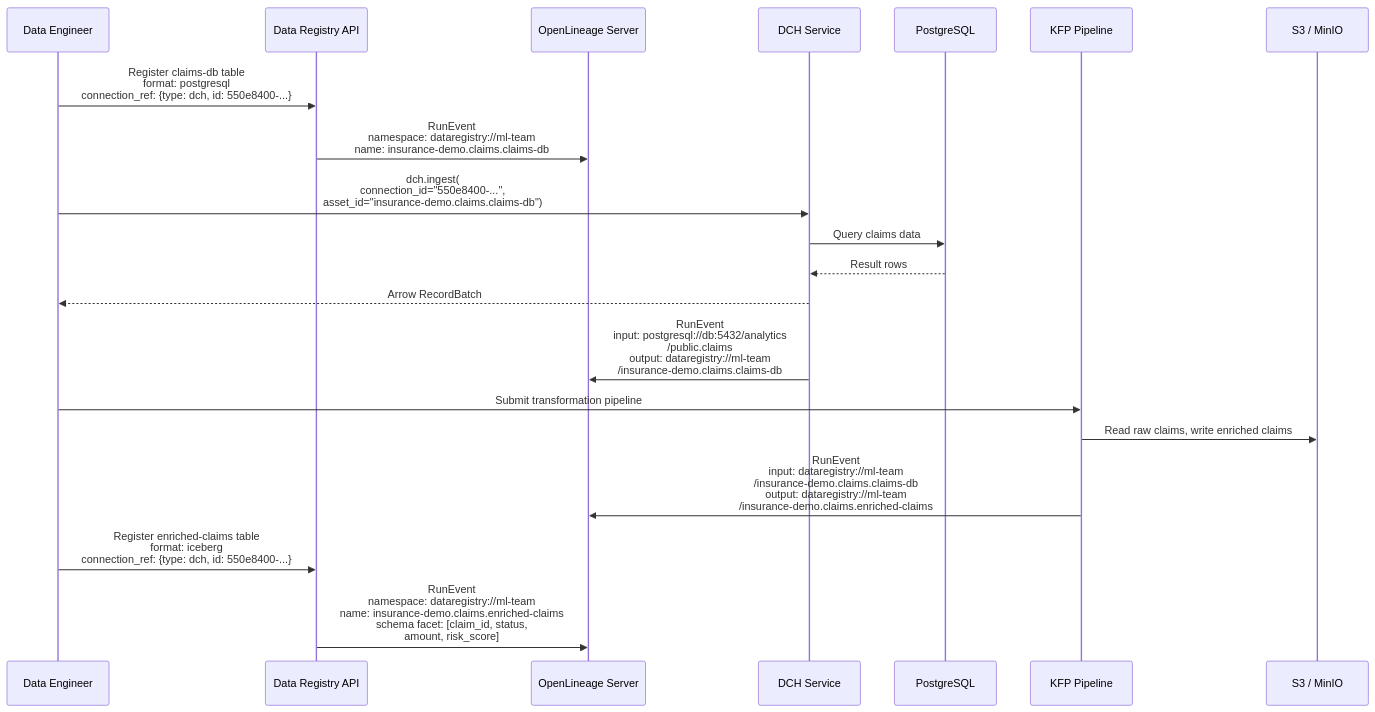
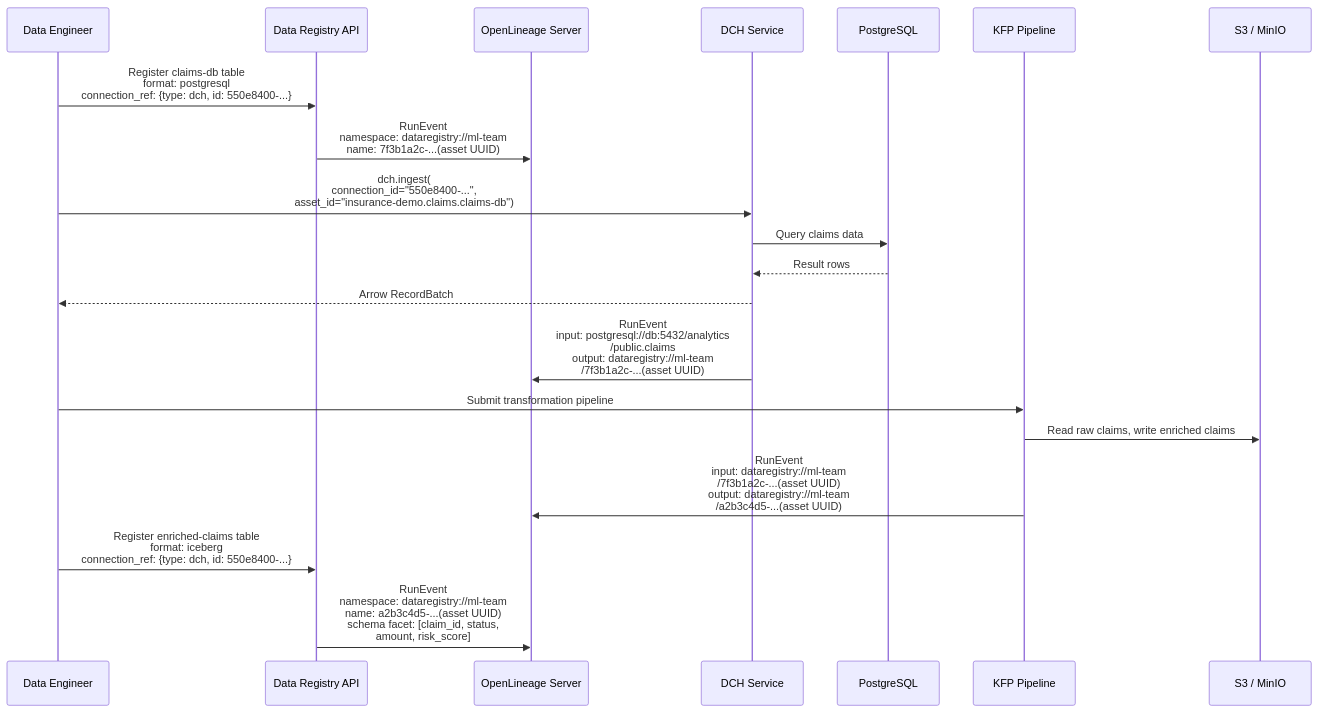
One commit to opendatahub-io/architecture-decision-records changed the second of 2 diagrams in architecture-decision-records/data-registry/ODH-ADR-DR-0003-data-registry-dch-future-integration.md. Above: the diagram before and after it, drawn with Mermaid. The commit also changed other lines of this file, not shown here.

````diff
--- a/architecture-decision-records/data-registry/ODH-ADR-DR-0003-data-registry-dch-future-integration.md
+++ b/architecture-decision-records/data-registry/ODH-ADR-DR-0003-data-registry-dch-future-integration.md
@@ -109,26 +108,26 @@
 ```mermaid
 sequenceDiagram
     participant User as Data Engineer
     participant DR as Data Registry API
     participant OL as OpenLineage Server
     participant DCH as DCH Service
     participant PG as PostgreSQL
     participant KFP as KFP Pipeline
     participant S3 as S3 / MinIO
 
     User->>DR: Register claims-db table<br/>format: postgresql<br/>connection_ref: {type: dch, id: 550e8400-...}
-    DR->>OL: RunEvent<br/>namespace: dataregistry://ml-team<br/>name: insurance-demo.claims.claims-db
+    DR->>OL: RunEvent<br/>namespace: dataregistry://ml-team<br/>name: 7f3b1a2c-...(asset UUID)
 
     User->>DCH: dch.ingest(<br/>connection_id="550e8400-...",<br/>asset_id="insurance-demo.claims.claims-db")
     DCH->>PG: Query claims data
     PG-->>DCH: Result rows
     DCH-->>User: Arrow RecordBatch
-    DCH->>OL: RunEvent<br/>input: postgresql://db:5432/analytics<br/>/public.claims<br/>output: dataregistry://ml-team<br/>/insurance-demo.claims.claims-db
+    DCH->>OL: RunEvent<br/>input: postgresql://db:5432/analytics<br/>/public.claims<br/>output: dataregistry://ml-team<br/>/7f3b1a2c-...(asset UUID)
 
     User->>KFP: Submit transformation pipeline
     KFP->>S3: Read raw claims, write enriched claims
-    KFP->>OL: RunEvent<br/>input: dataregistry://ml-team<br/>/insurance-demo.claims.claims-db<br/>output: dataregistry://ml-team<br/>/insurance-demo.claims.enriched-claims
+    KFP->>OL: RunEvent<br/>input: dataregistry://ml-team<br/>/7f3b1a2c-...(asset UUID)<br/>output: dataregistry://ml-team<br/>/a2b3c4d5-...(asset UUID)
 
     User->>DR: Register enriched-claims table<br/>format: iceberg<br/>connection_ref: {type: dch, id: 550e8400-...}
-    DR->>OL: RunEvent<br/>namespace: dataregistry://ml-team<br/>name: insurance-demo.claims.enriched-claims<br/>schema facet: [claim_id, status,<br/>amount, risk_score]
+    DR->>OL: RunEvent<br/>namespace: dataregistry://ml-team<br/>name: a2b3c4d5-...(asset UUID)<br/>schema facet: [claim_id, status,<br/>amount, risk_score]
 ```
````
